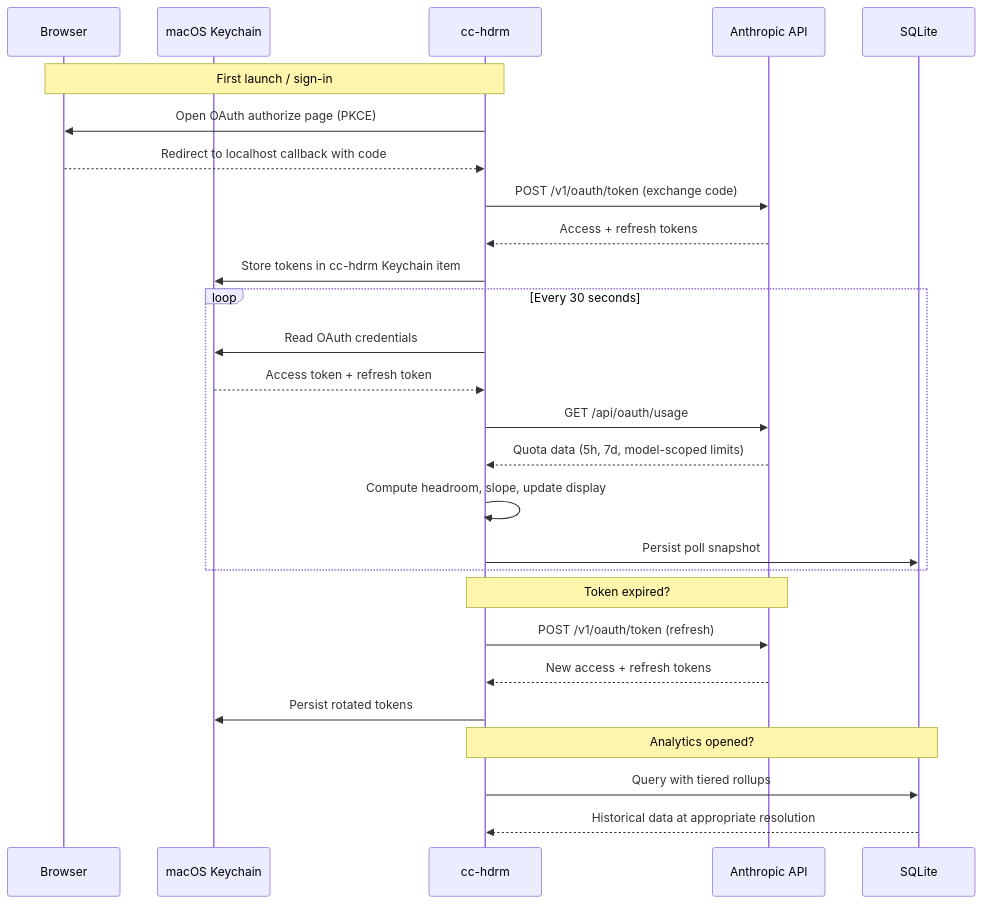
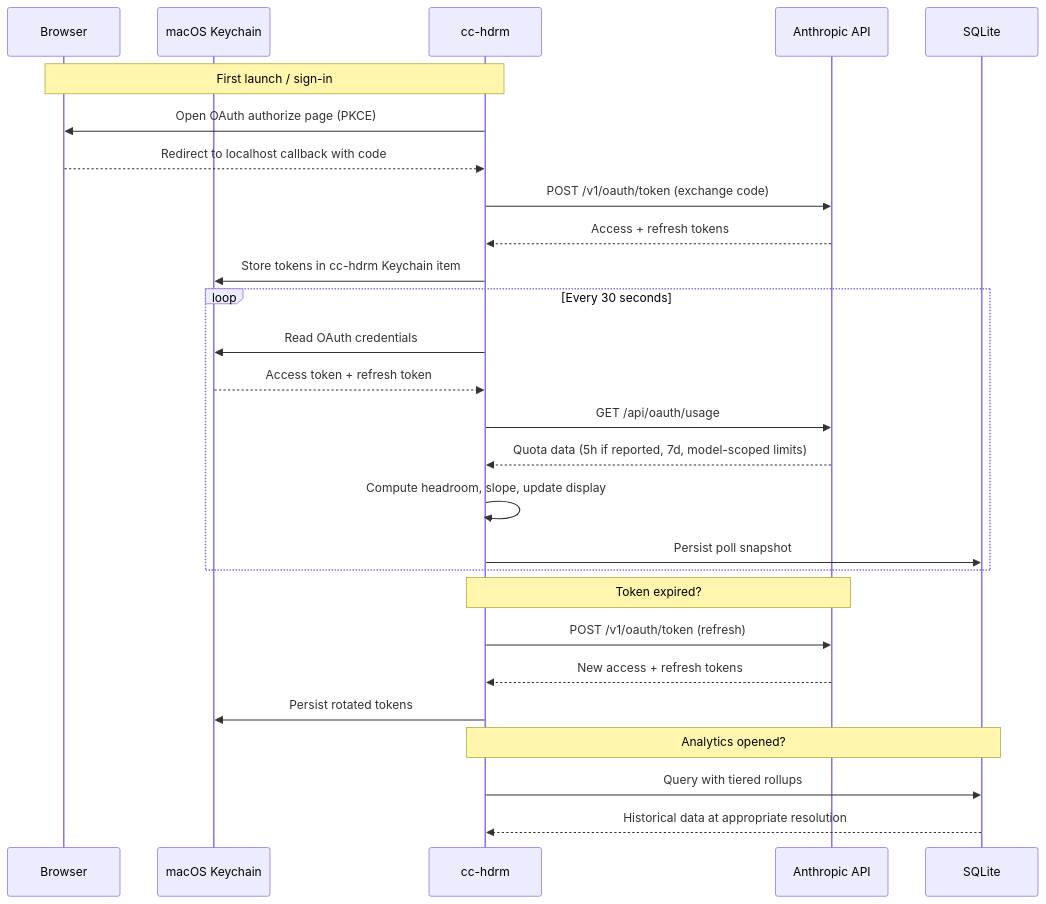
One commit to rajish/cc-hdrm changed the diagram in README.md. Above: the diagram before and after it, drawn with Mermaid. The commit also changed other lines of this file and 12 other files, not shown here.

````diff
--- a/README.md
+++ b/README.md
@@ -88,31 +99,31 @@
 ```mermaid
 sequenceDiagram
     participant B as Browser
     participant K as macOS Keychain
     participant A as cc-hdrm
     participant API as Anthropic API
     participant DB as SQLite
 
     Note over B,A: First launch / sign-in
     A->>B: Open OAuth authorize page (PKCE)
     B-->>A: Redirect to localhost callback with code
     A->>API: POST /v1/oauth/token (exchange code)
     API-->>A: Access + refresh tokens
     A->>K: Store tokens in cc-hdrm Keychain item
 
     loop Every 30 seconds
         A->>K: Read OAuth credentials
         K-->>A: Access token + refresh token
         A->>API: GET /api/oauth/usage
-        API-->>A: Quota data (5h, 7d, model-scoped limits)
+        API-->>A: Quota data (5h if reported, 7d, model-scoped limits)
         A->>A: Compute headroom, slope, update display
         A->>DB: Persist poll snapshot
     end
     Note over A,API: Token expired?
     A->>API: POST /v1/oauth/token (refresh)
     API-->>A: New access + refresh tokens
     A->>K: Persist rotated tokens
     Note over A,DB: Analytics opened?
     A->>DB: Query with tiered rollups
     DB-->>A: Historical data at appropriate resolution
 ```
````
